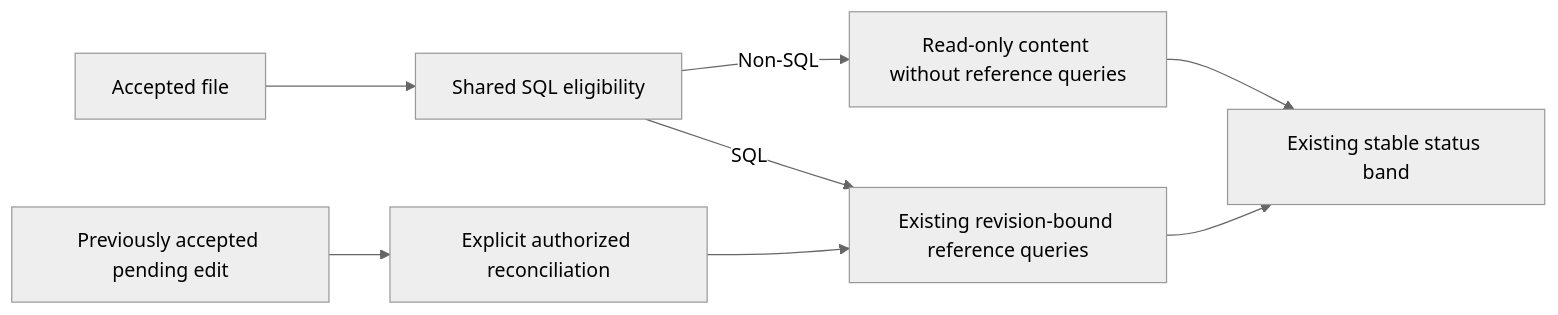
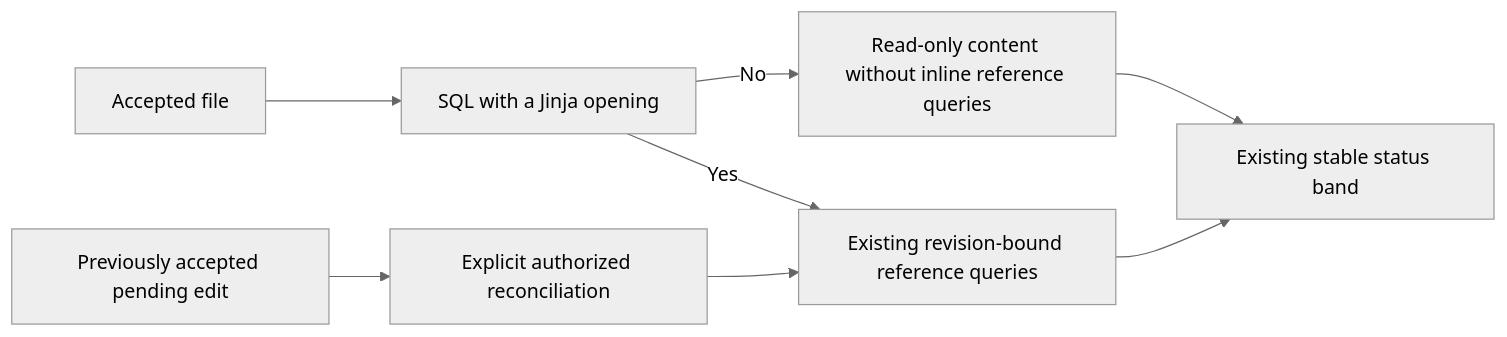
The second of 4 diagrams in docs/architecture/components/web/code-workbench-workspace-files-component.md (dunay2/dvt), drawn with Mermaid (neutral theme) before and after one commit. The commit also changed other lines of this file, not shown here.

Commit message:
docs(web): Define Jinja eligibility for inline reference inspection

````diff
--- a/docs/architecture/components/web/code-workbench-workspace-files-component.md
+++ b/docs/architecture/components/web/code-workbench-workspace-files-component.md
@@ -137,10 +143,10 @@
 ```mermaid
 flowchart LR
-  F[Accepted file] --> E[Shared SQL eligibility]
-  E -->|Non-SQL| V[Read-only content without reference queries]
-  E -->|SQL| G[Existing revision-bound reference queries]
+  F[Accepted file] --> E[SQL with a Jinja opening]
+  E -->|No| V[Read-only content without inline reference queries]
+  E -->|Yes| G[Existing revision-bound reference queries]
   V --> S[Existing stable status band]
   G --> S
   P[Previously accepted pending edit] --> R[Explicit authorized reconciliation]
   R --> G
 ```
````
